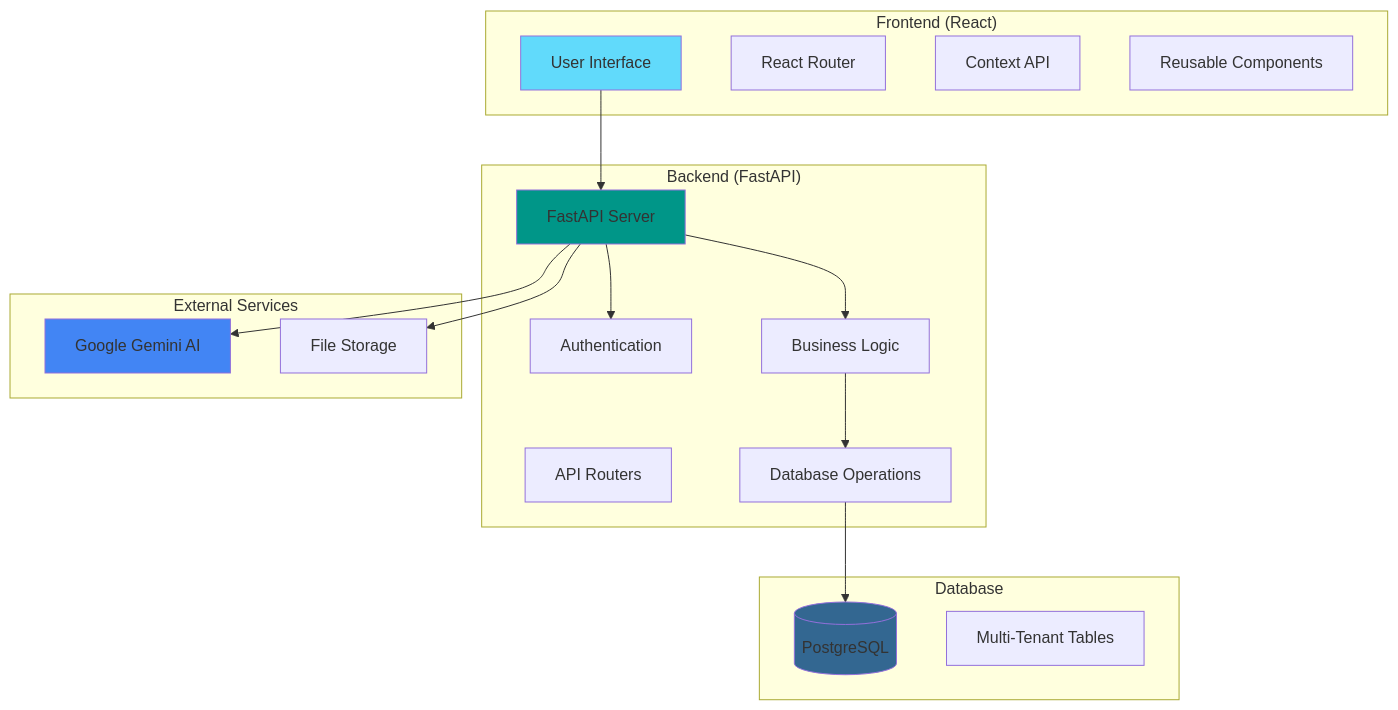
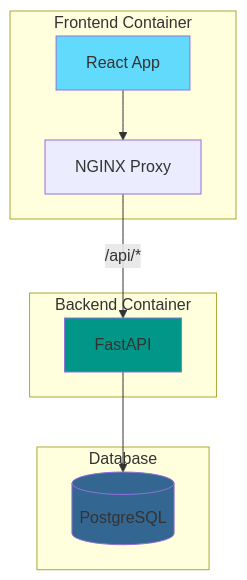
Before and after one commit to joshzacharytan/generation-capstone: the first of 2 diagrams in README.md, drawn with Mermaid. The commit also changed other lines of this file and 4 other files, not shown here.

````diff
--- a/README.md
+++ b/README.md
@@ -154,40 +111,23 @@
 ```mermaid
 graph TB
-    subgraph "Frontend (React)"
-        UI[User Interface]
-        Router[React Router]
-        Context[Context API]
-        Components[Reusable Components]
+    subgraph "Frontend Container"
+        React[React App]
+        Nginx[NGINX Proxy]
     end
     
-    subgraph "Backend (FastAPI)"
-        API[FastAPI Server]
-        Auth[Authentication]
-        Routers[API Routers]
-        Services[Business Logic]
-        CRUD[Database Operations]
-    end
-    
-    subgraph "External Services"
-        AI[Google Gemini AI]
-        Storage[File Storage]
+    subgraph "Backend Container"
+        FastAPI[FastAPI]
     end
     
     subgraph "Database"
         DB[(PostgreSQL)]
-        Tables[Multi-Tenant Tables]
     end
     
-    UI --> API
-    API --> Auth
-    API --> Services
-    Services --> CRUD
-    CRUD --> DB
-    API --> AI
-    API --> Storage
+    React --> Nginx
+    Nginx -->|/api/*| FastAPI
+    FastAPI --> DB
     
-    style UI fill:#61dafb
-    style API fill:#009688
+    style React fill:#61dafb
+    style FastAPI fill:#009688
     style DB fill:#336791
-    style AI fill:#4285f4
 ```
````
